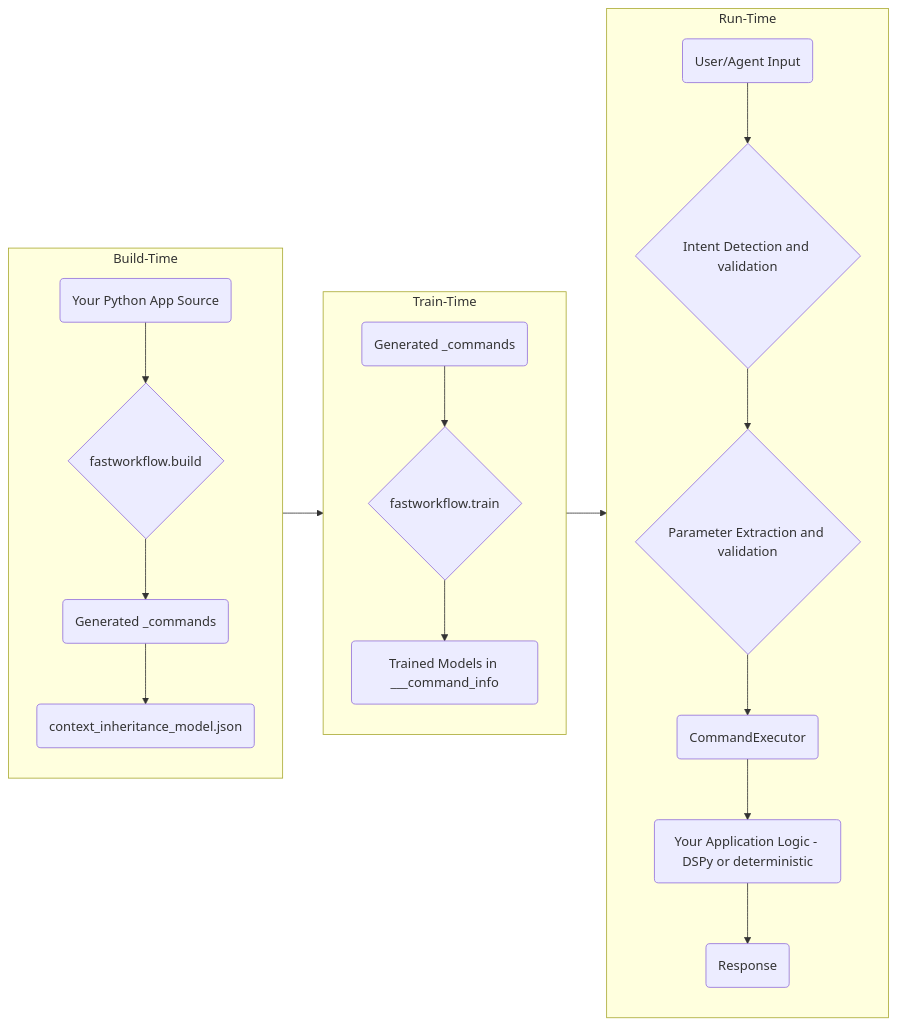
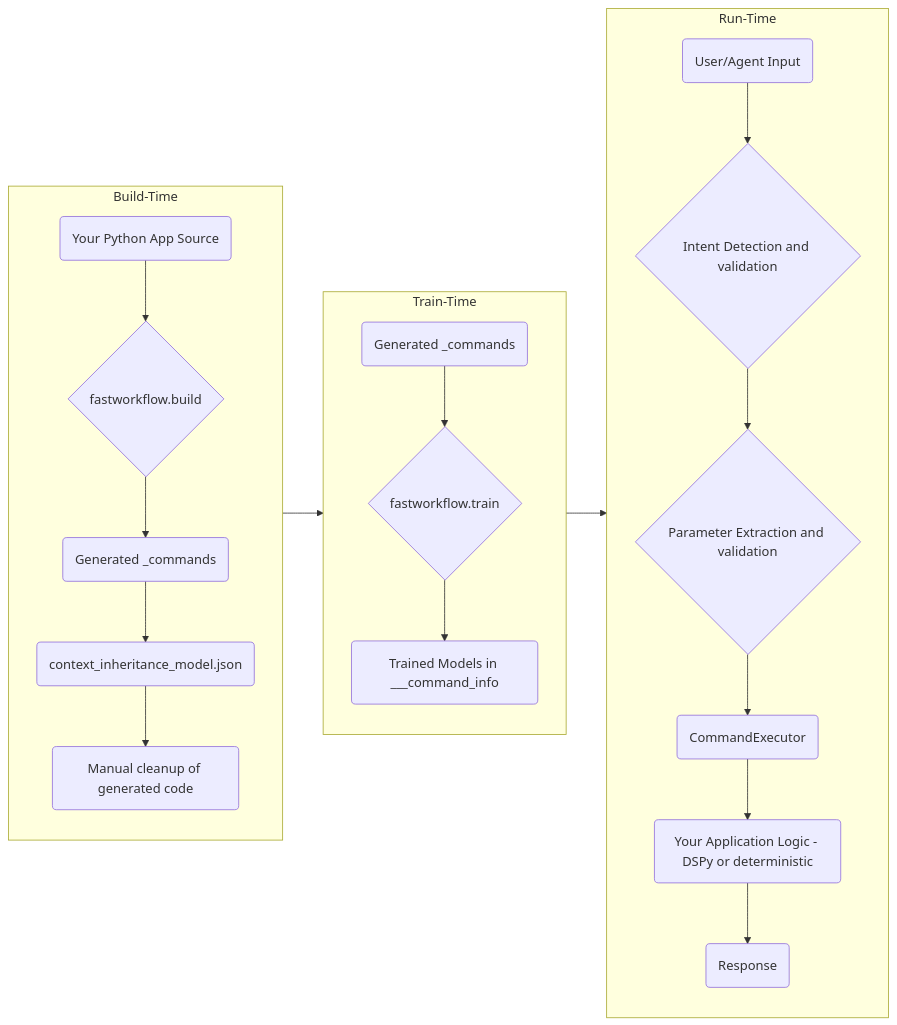
The diagram in README.md (radiantlogicinc/fastworkflow), drawn with Mermaid before and after one commit.

````diff
--- a/README.md
+++ b/README.md
@@ -91,24 +91,25 @@
 ```mermaid
 graph LR
     subgraph A[Build-Time]
         A1(Your Python App Source) --> A2{fastworkflow.build};
         A2 --> A3(Generated _commands);
         A3 --> A4(context_inheritance_model.json);
+        A4 --> A5(Manual cleanup of generated code)
     end
 
     subgraph B[Train-Time]
         B1(Generated _commands) --> B2{fastworkflow.train};
         B2 --> B3(Trained Models in ___command_info);
     end
 
     subgraph C[Run-Time]
         C1(User/Agent Input) --> C2{Intent Detection and validation};
         C2 --> C3{Parameter Extraction and validation};
         C3 --> C4(CommandExecutor);
         C4 --> C5(Your Application Logic - DSPy or deterministic); 
         C5 --> C6(Response);
     end
 
     A --> B;
     B --> C;
 ```
````
